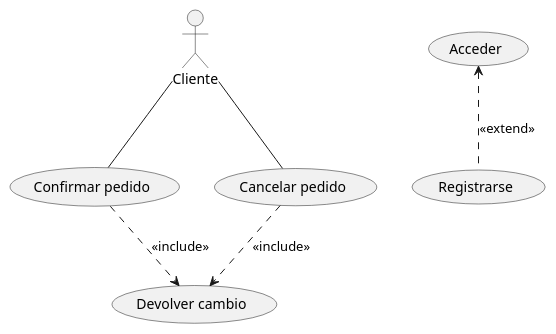
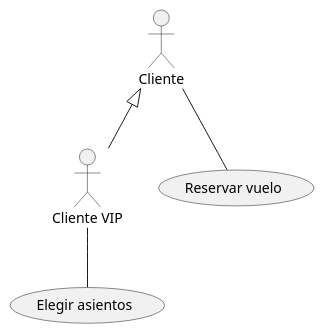
One commit to abrahambelen/ClasesDeUsoPlantUML_I changed the diagram in Elementos.puml. Above: the diagram before and after it, drawn with PlantUML.

Commit message:
Generalización.

```diff
--- a/Elementos.puml
+++ b/Elementos.puml
@@ -1,21 +1,14 @@
 @startuml
 
-actor Cliente
+:Cliente:
+:Cliente VIP:
 
-(Confirmar pedido)
-(Cancelar pedido)
-(Devolver cambio)
+(Reservar vuelo)
+(Elegir asientos)
 
-Cliente -- (Confirmar pedido)
-Cliente -- (Cancelar pedido)
+:Cliente: -- (Reservar vuelo)
+:Cliente VIP: -- (Elegir asientos)
 
-(Confirmar pedido) ..> (Devolver cambio) : <<include>>
-(Cancelar pedido) ..> (Devolver cambio) : <<include>>
-
-
-(Acceder)
-(Registrarse)
-
-(Acceder) <.. (Registrarse) : <<extend>>
+:Cliente: <|-- :Cliente VIP:
 
 @enduml
```
